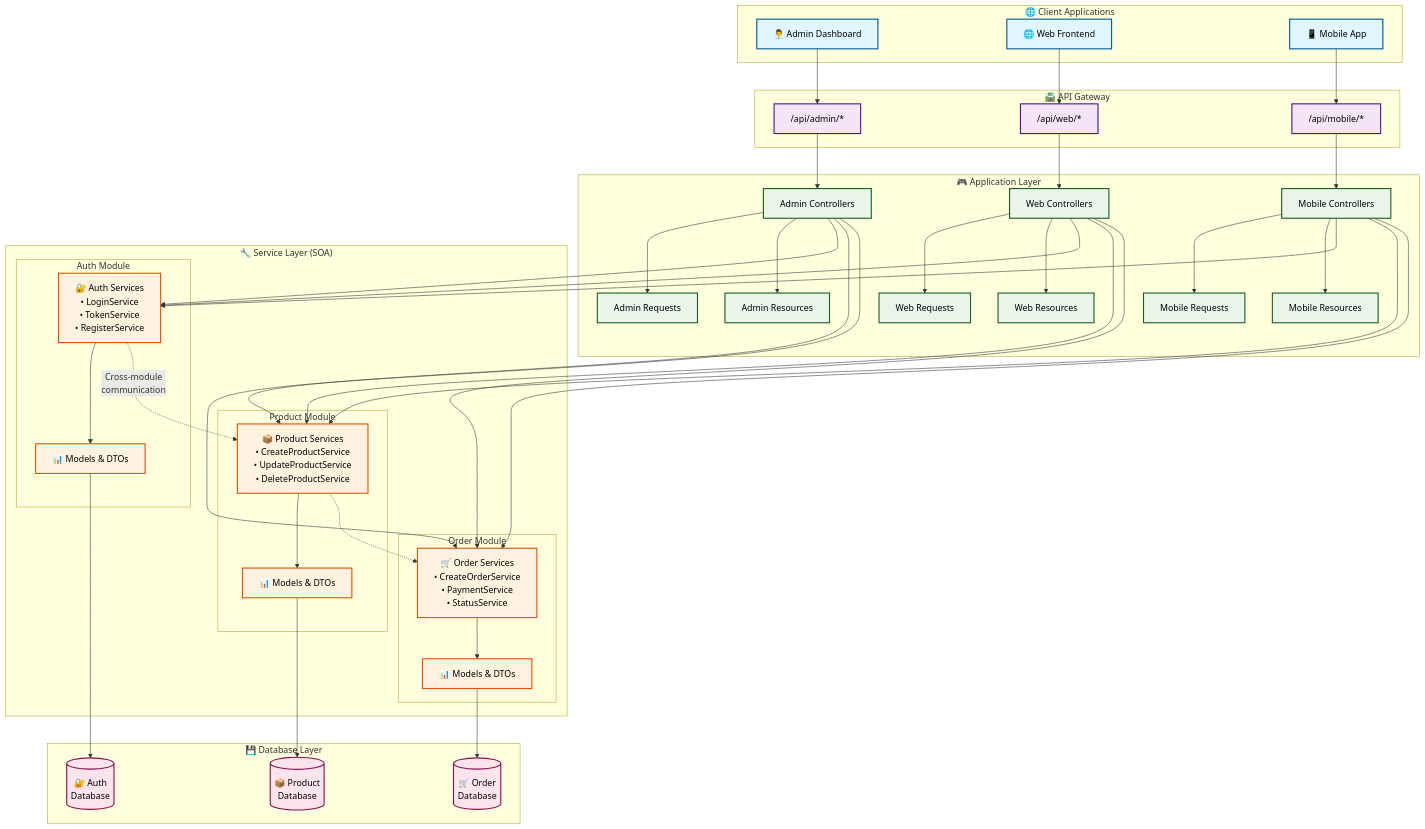
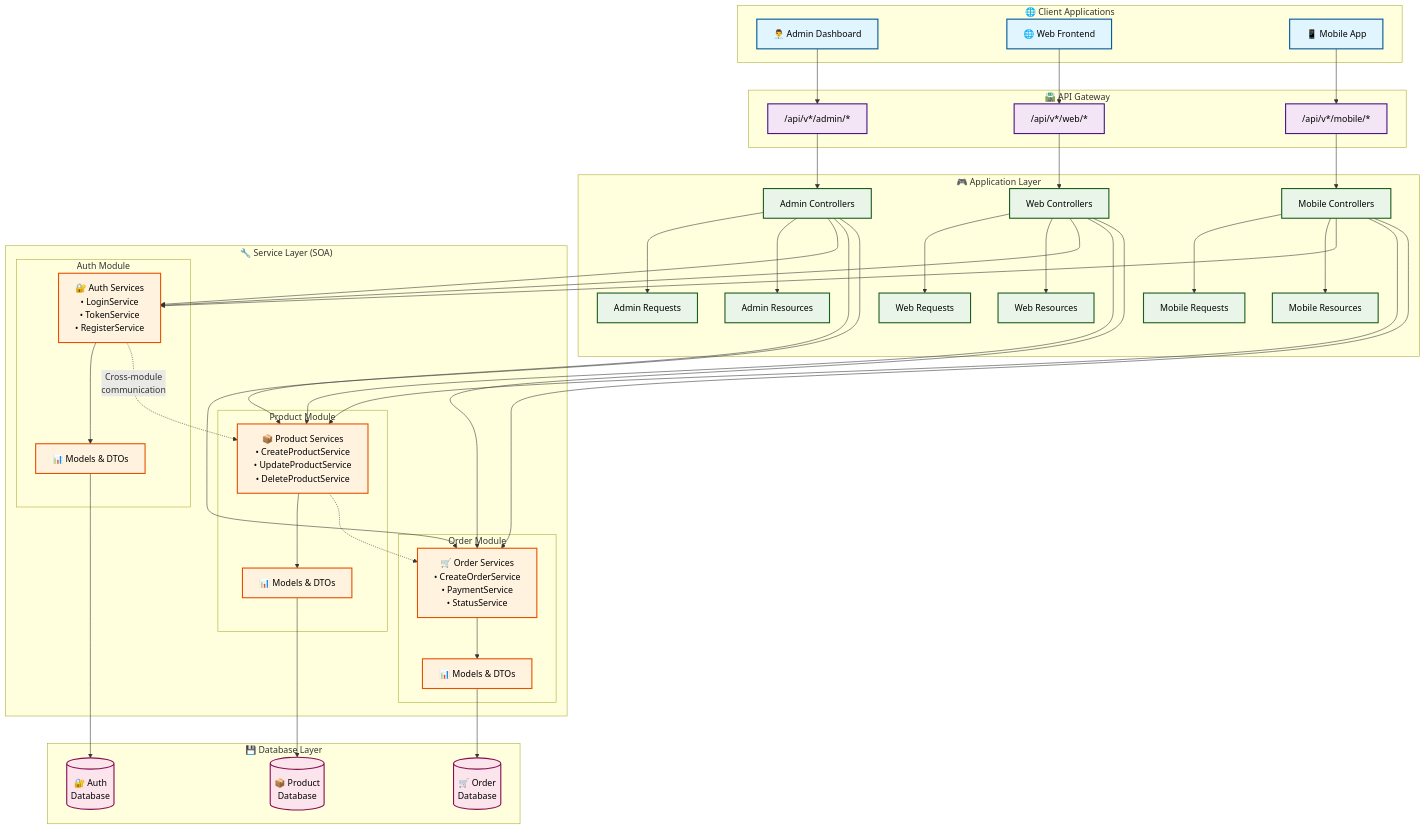
Before and after one commit to dafalagi/laravel-soa-starter: the diagram in README.md, drawn with Mermaid.

Commit message:
fix(docs): update API routes in architecture overview for versioning consistency

```diff
--- a/README.md
+++ b/README.md
@@ -64,9 +64,9 @@
 
     %% API Gateway Layer
     subgraph Gateway ["🛣️ API Gateway"]
-        AdminRoutes["/api/admin/*"]
-        WebRoutes["/api/web/*"]
-        MobileRoutes["/api/mobile/*"]
+        AdminRoutes["/api/v*/admin/*"]
+        WebRoutes["/api/v*/web/*"]
+        MobileRoutes["/api/v*/mobile/*"]
     end
 
     %% Application Layer
```
